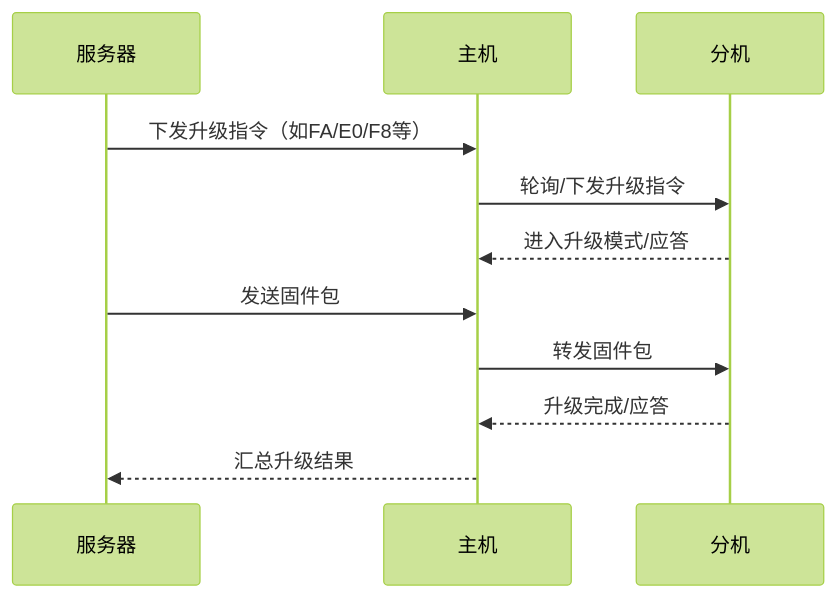
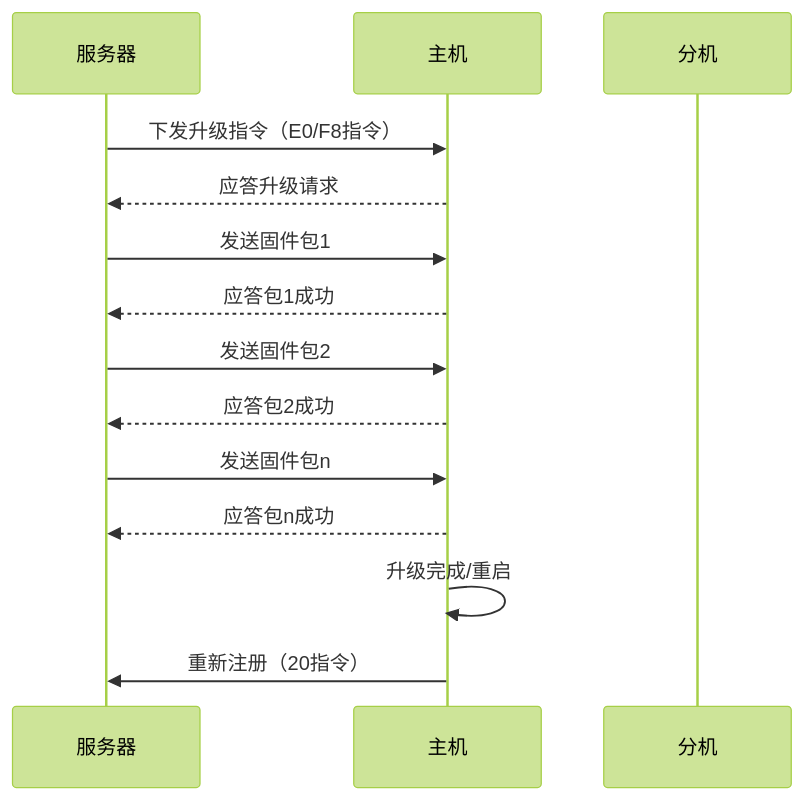
Before and after one commit to taoyao-code/iot-zinx: diagram 15 of 17 in docs/iot_master_slave_architecture_all.md, drawn with Mermaid (forest theme). The commit also changed other lines of this file and 7 other files, not shown here.

````diff
--- a/docs/iot_master_slave_architecture_all.md
+++ b/docs/iot_master_slave_architecture_all.md
@@ -183,14 +356,17 @@
 ```mermaid
 sequenceDiagram
     participant S as 服务器
     participant M as 主机
     participant F as 分机
-    S->>M: 下发升级指令（如FA/E0/F8等）
-    M->>F: 轮询/下发升级指令
-    F-->>M: 进入升级模式/应答
-    S->>M: 发送固件包
-    M->>F: 转发固件包
-    F-->>M: 升级完成/应答
-    M-->>S: 汇总升级结果
+    S->>M: 下发升级指令（E0/F8指令）
+    M-->>S: 应答升级请求
+    S->>M: 发送固件包1
+    M-->>S: 应答包1成功
+    S->>M: 发送固件包2
+    M-->>S: 应答包2成功
+    S->>M: 发送固件包n
+    M-->>S: 应答包n成功
+    M->>M: 升级完成/重启
+    M->>S: 重新注册（20指令）
     %% 说明：升级过程需保证包完整性和重试机制
 ```
````
